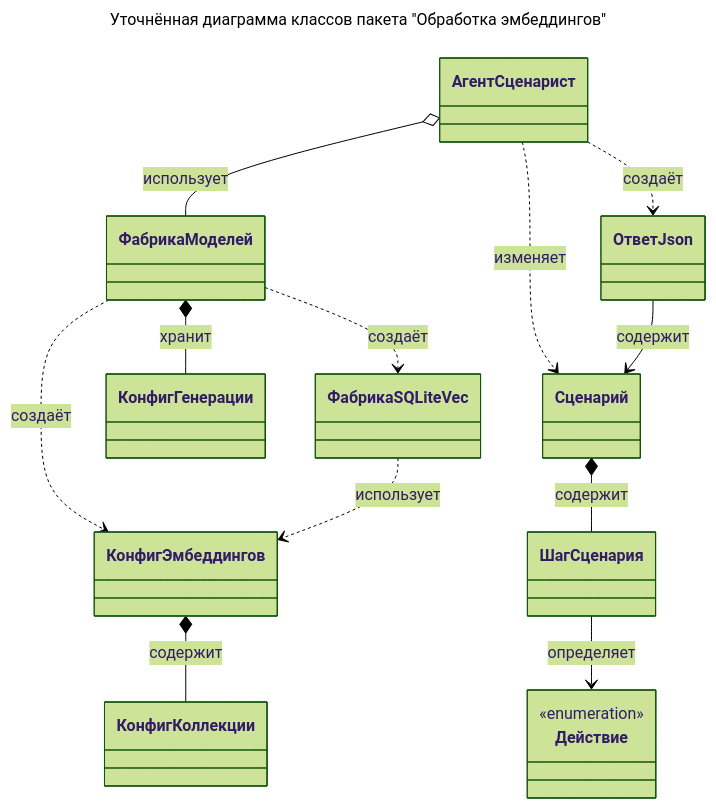
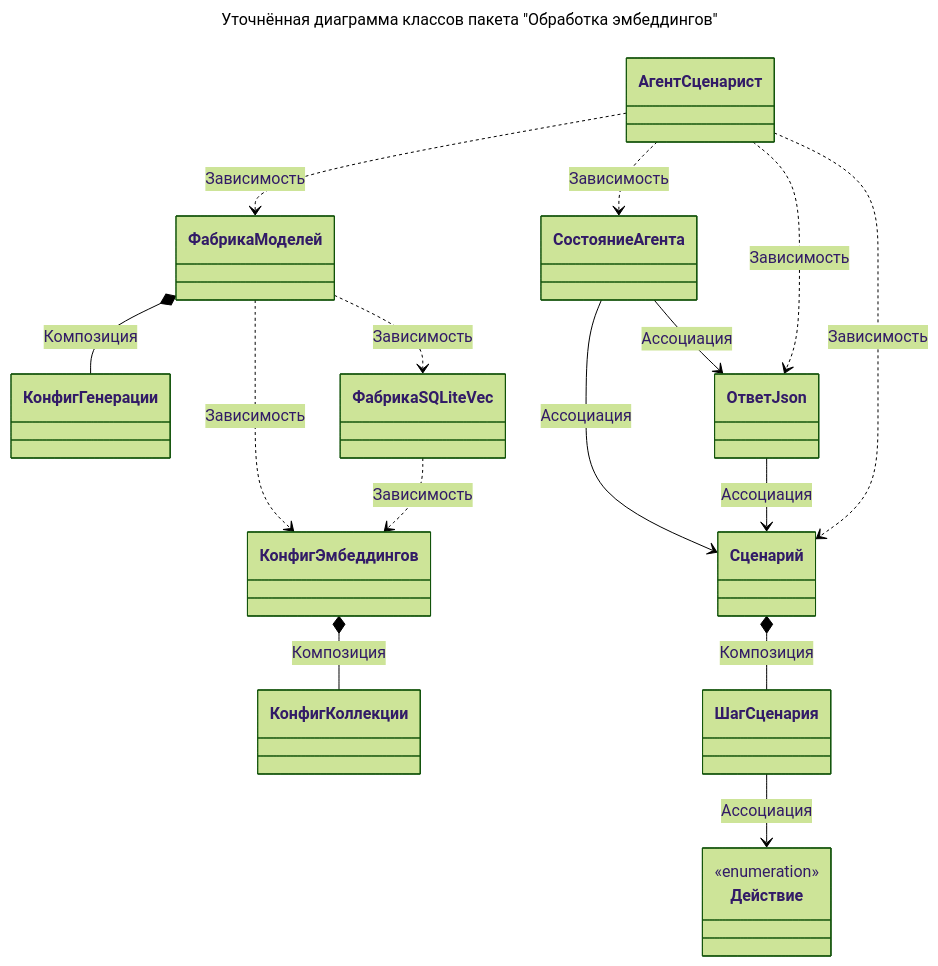
One commit to CHSU-scenarAIst/diagrammy changed the second of 2 diagrams in Пакет Обработка эмбеддингов/3. Уточнённая диаграмма классов.md. Above: the diagram before and after it, drawn with Mermaid (forest theme). The commit also changed other lines of this file and 13 other files, not shown here.

````diff
--- a/Пакет Обработка эмбеддингов/3. Уточнённая диаграмма классов.md
+++ b/Пакет Обработка эмбеддингов/3. Уточнённая диаграмма классов.md
@@ -44,21 +45,24 @@
 ```mermaid
 ---
 title: Уточнённая диаграмма классов пакета "Обработка эмбеддингов"
 ---
 classDiagram
-    АгентСценарист o-- ФабрикаМоделей : использует
-    АгентСценарист ..> ОтветJson : создаёт
-    АгентСценарист ..> Сценарий : изменяет
-    ОтветJson --> Сценарий : содержит
-    Сценарий *-- ШагСценария : содержит
-    ШагСценария --> Действие : определяет
-    ФабрикаМоделей *-- КонфигГенерации : хранит
-    ФабрикаМоделей ..> КонфигЭмбеддингов : создаёт
-    ФабрикаМоделей ..> ФабрикаSQLiteVec : создаёт
-    КонфигЭмбеддингов *-- КонфигКоллекции : содержит
-    ФабрикаSQLiteVec ..> КонфигЭмбеддингов : использует
+    АгентСценарист ..> ФабрикаМоделей : Зависимость
+    АгентСценарист ..> СостояниеАгента : Зависимость
+    АгентСценарист ..> ОтветJson : Зависимость
+    АгентСценарист ..> Сценарий : Зависимость
+    СостояниеАгента --> Сценарий : Ассоциация
+    СостояниеАгента --> ОтветJson : Ассоциация
+    ОтветJson --> Сценарий : Ассоциация
+    Сценарий *-- ШагСценария : Композиция
+    ШагСценария --> Действие : Ассоциация
+    ФабрикаМоделей *-- КонфигГенерации : Композиция
+    ФабрикаМоделей ..> КонфигЭмбеддингов : Зависимость
+    ФабрикаМоделей ..> ФабрикаSQLiteVec : Зависимость
+    КонфигЭмбеддингов *-- КонфигКоллекции : Композиция
+    ФабрикаSQLiteVec ..> КонфигЭмбеддингов : Зависимость
 
     class Действие {
         <<enumeration>>
     }
 ```
````
